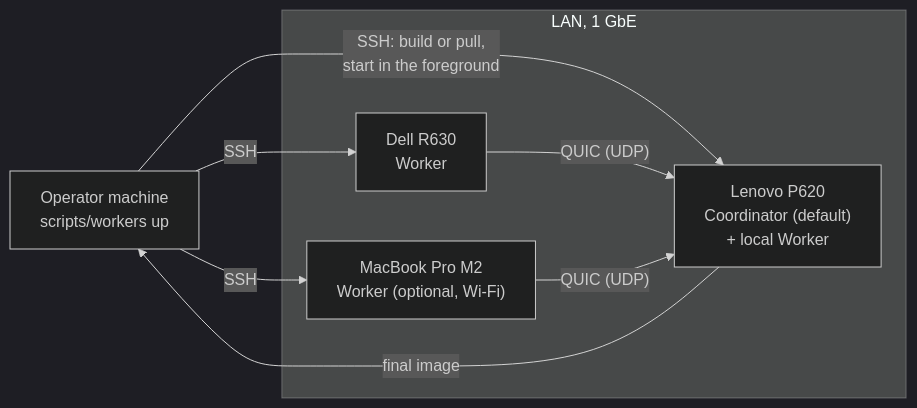
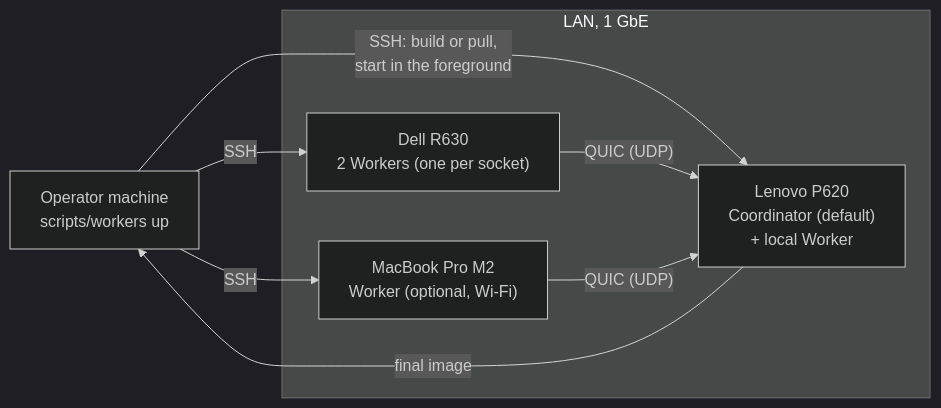
One commit to sergioffpc/umbra changed the diagram in docs/architecture/07-deployment-view.md. Above: the diagram before and after it, drawn with Mermaid (dark theme). The commit also changed other lines of this file and 6 other files, not shown here.

First line of the commit message:
docs: record the per-architecture tuning plan

````diff
--- a/docs/architecture/07-deployment-view.md
+++ b/docs/architecture/07-deployment-view.md
@@ -49,15 +49,15 @@
 ```mermaid
 flowchart LR
     op["Operator machine<br/>scripts/workers up"]
     subgraph lan["LAN, 1 GbE"]
         p620["Lenovo P620<br/>Coordinator (default)<br/>+ local Worker"]
-        r630["Dell R630<br/>Worker"]
+        r630["Dell R630<br/>2 Workers (one per socket)"]
         mac["MacBook Pro M2<br/>Worker (optional, Wi-Fi)"]
     end
     op -- "SSH: build or pull,<br/>start in the foreground" --> p620
     op -- SSH --> r630
     op -- SSH --> mac
     r630 -- "QUIC (UDP)" --> p620
     mac -- "QUIC (UDP)" --> p620
     p620 -- "final image" --> op
 ```
````
